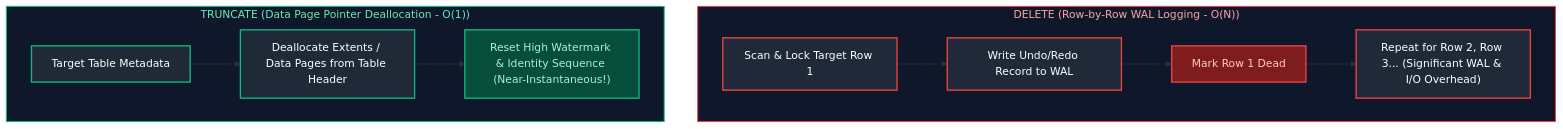
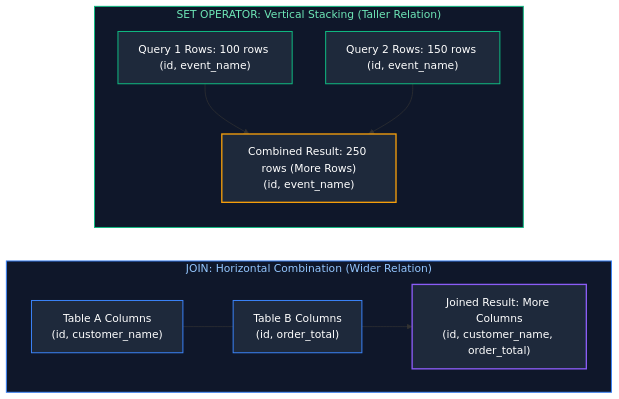
Before and after one commit to joydeep-biswas/Interview-Preparation: the ninth of 10 diagrams in Data Engineering/01_sql_fundamentals.md, drawn with Mermaid. The commit also changed other lines of this file and 143 other files, not shown here.

````diff
--- a/Data Engineering/01_sql_fundamentals.md
+++ b/Data Engineering/01_sql_fundamentals.md
@@ -1051,23 +1536,28 @@
 ```mermaid
-flowchart TD
-    subgraph DeleteOp ["DELETE (Row-by-Row WAL Logging - O(N))"]
-        D1["Scan & Lock Target Row 1"] --> D2["Write Undo/Redo Record to WAL"] --> D3["Mark Row 1 Dead"]
-        D3 --> D4["Repeat for Row 2, Row 3... (Significant WAL & I/O Overhead)"]
+flowchart LR
+    subgraph HorizontalJoin ["JOIN: Horizontal Combination (Wider Relation)"]
+        direction LR
+        TableA["Table A Columns<br/>(id, customer_name)"]
+        TableB["Table B Columns<br/>(id, order_total)"]
+        JoinResult["Joined Result: More Columns<br/>(id, customer_name, order_total)"]
+        TableA --- TableB --> JoinResult
     end
 
-    subgraph TruncateOp ["TRUNCATE (Data Page Pointer Deallocation - O(1))"]
-        T1["Target Table Metadata"] --> T2["Deallocate Extents / Data Pages from Table Header"]
-        T2 --> T3["Reset High Watermark & Identity Sequence (Near-Instantaneous!)"]
+    subgraph VerticalSet ["SET OPERATOR: Vertical Stacking (Taller Relation)"]
+        direction TD
+        Query1["Query 1 Rows: 100 rows (id, event_name)"]
+        Query2["Query 2 Rows: 150 rows (id, event_name)"]
+        SetResult["Combined Result: 250 rows (More Rows)<br/>(id, event_name)"]
+        Query1 --> SetResult
+        Query2 --> SetResult
     end
 
-    style DeleteOp fill:#0f172a,stroke:#ef4444,stroke-width:1.5px,color:#fca5a5
-    style TruncateOp fill:#0f172a,stroke:#10b981,stroke-width:1.5px,color:#6ee7b7
-
-    style D1 fill:#1f2937,stroke:#ef4444,stroke-width:2px,color:#fff
-    style D2 fill:#1f2937,stroke:#ef4444,stroke-width:2px,color:#fff
-    style D3 fill:#7f1d1d,stroke:#ef4444,stroke-width:2px,color:#fecaca
-    style D4 fill:#1f2937,stroke:#ef4444,stroke-width:2px,color:#fff
-    style T1 fill:#1f2937,stroke:#10b981,stroke-width:2px,color:#fff
-    style T2 fill:#1f2937,stroke:#10b981,stroke-width:2px,color:#fff
-    style T3 fill:#064e3b,stroke:#10b981,stroke-width:2px,color:#a7f3d0
+    style HorizontalJoin fill:#0f172a,stroke:#3b82f6,stroke-width:1.5px,color:#93c5fd
+    style VerticalSet fill:#0f172a,stroke:#10b981,stroke-width:1.5px,color:#6ee7b7
+    style TableA fill:#1e293b,stroke:#3b82f6,stroke-width:1.5px,color:#fff
+    style TableB fill:#1e293b,stroke:#3b82f6,stroke-width:1.5px,color:#fff
+    style JoinResult fill:#1e293b,stroke:#8b5cf6,stroke-width:2px,color:#fff
+    style Query1 fill:#1e293b,stroke:#10b981,stroke-width:1.5px,color:#fff
+    style Query2 fill:#1e293b,stroke:#10b981,stroke-width:1.5px,color:#fff
+    style SetResult fill:#1e293b,stroke:#f59e0b,stroke-width:2px,color:#fff
 ```
````
